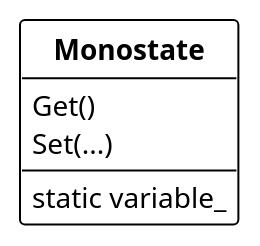
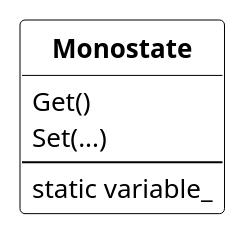
One commit to dst80/design-patterns changed the diagram in creational_patterns/monostate_pattern/monostate_pattern.md. Above: the diagram before and after it, drawn with PlantUML. The commit also changed 11 other files, not shown here.

````diff
--- a/creational_patterns/monostate_pattern/monostate_pattern.md
+++ b/creational_patterns/monostate_pattern/monostate_pattern.md
@@ -5,16 +5,32 @@
 ```plantuml
 @startuml monostate
-!theme plain
+skinparam ranksep 50
+skinparam nodesep 50
+skinparam class {
+  FontSize 13
+  AttributeFontSize 13
+  FontStyle bold
+  BackgroundColor transparent
+  BorderColor black
+}
+skinparam arrow {
+  Color black
+  FontColor black
+  Thickness 2
+}
+skinparam note {
+  BackgroundColor transparent
+  BorderColor black
+}
+hide circle
+hide fields
 
-skinparam nodesep 50
-skinparam ranksep 40
-hide circle
 class "**Monostate**" as mmnostate {
     Get()
     Set(...)
     ---
     static variable_
 }
 
 @enduml
 ```
````
